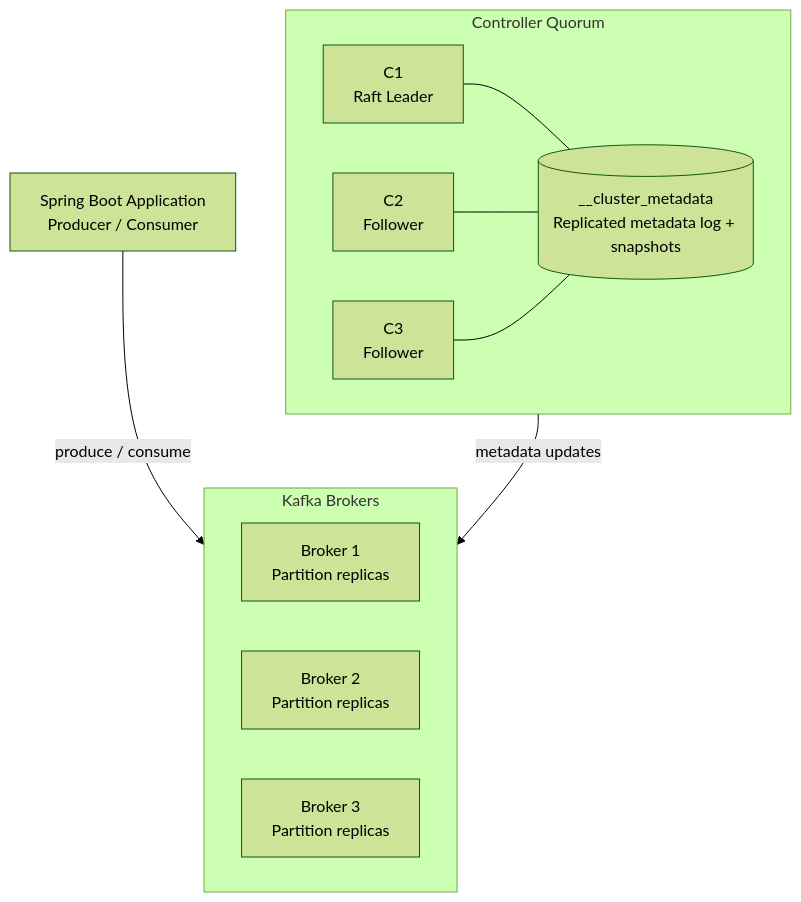
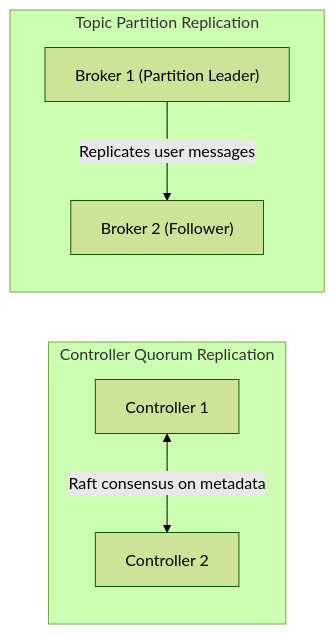
Diagram 16 of 16 in Inbox/Kafka_Obsidian_Organized/04 - Replication and KRaft/008-KRaft_and_Cluster_Consensus.md (Siddpawar9222/Obsidian-Vault), drawn with Mermaid (forest theme) before and after one commit. The commit also changed other lines of this file and 46 other files, not shown here.

````diff
--- a/Inbox/Kafka_Obsidian_Organized/04 - Replication and KRaft/008-KRaft_and_Cluster_Consensus.md
+++ b/Inbox/Kafka_Obsidian_Organized/04 - Replication and KRaft/008-KRaft_and_Cluster_Consensus.md
@@ -804,20 +528,9 @@
 ```mermaid
-flowchart TB
-    App["Spring Boot Application<br/>Producer / Consumer"]
-    subgraph Brokers["Kafka Brokers"]
-        B1["Broker 1<br/>Partition replicas"]
-        B2["Broker 2<br/>Partition replicas"]
-        B3["Broker 3<br/>Partition replicas"]
+flowchart LR
+    subgraph CR["Controller Quorum Replication"]
+        C1["Controller 1"] <-->|"Raft consensus on metadata"| C2["Controller 2"]
     end
-    subgraph Quorum["Controller Quorum"]
-        C1["C1<br/>Raft Leader"]
-        C2["C2<br/>Follower"]
-        C3["C3<br/>Follower"]
-        ML[("__cluster_metadata<br/>Replicated metadata log + snapshots")]
+    subgraph PR["Topic Partition Replication"]
+        B1["Broker 1 (Partition Leader)"] -->|"Replicates user messages"| B2["Broker 2 (Follower)"]
     end
-    App -->|"produce / consume"| Brokers
-    C1 --- ML
-    C2 --- ML
-    C3 --- ML
-    Quorum -->|"metadata updates"| Brokers
 ```
````
